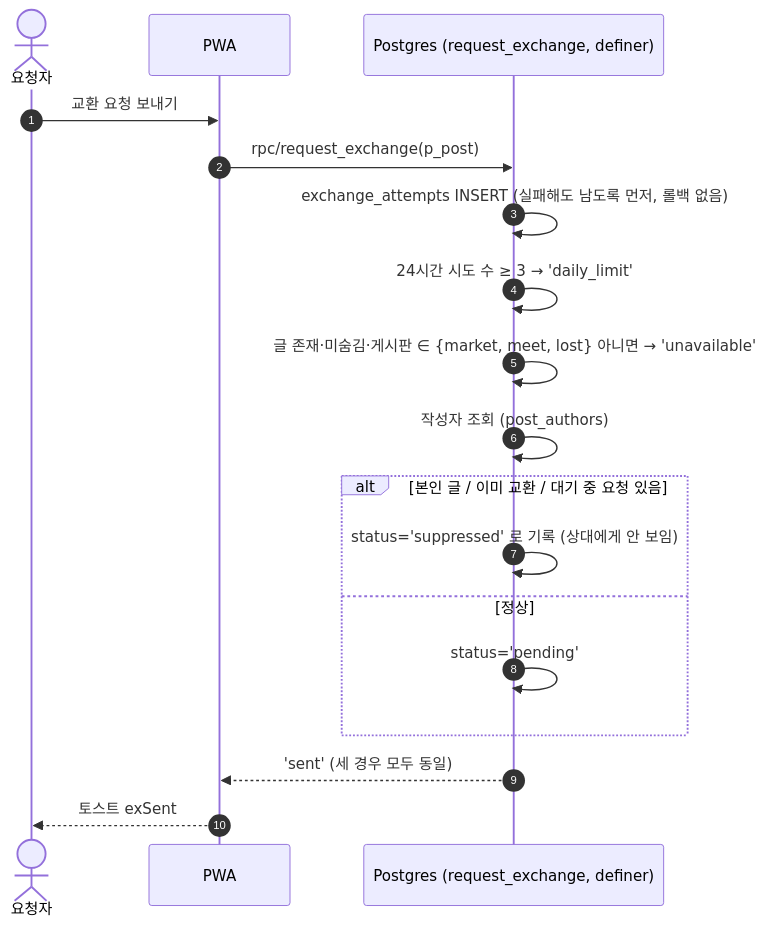
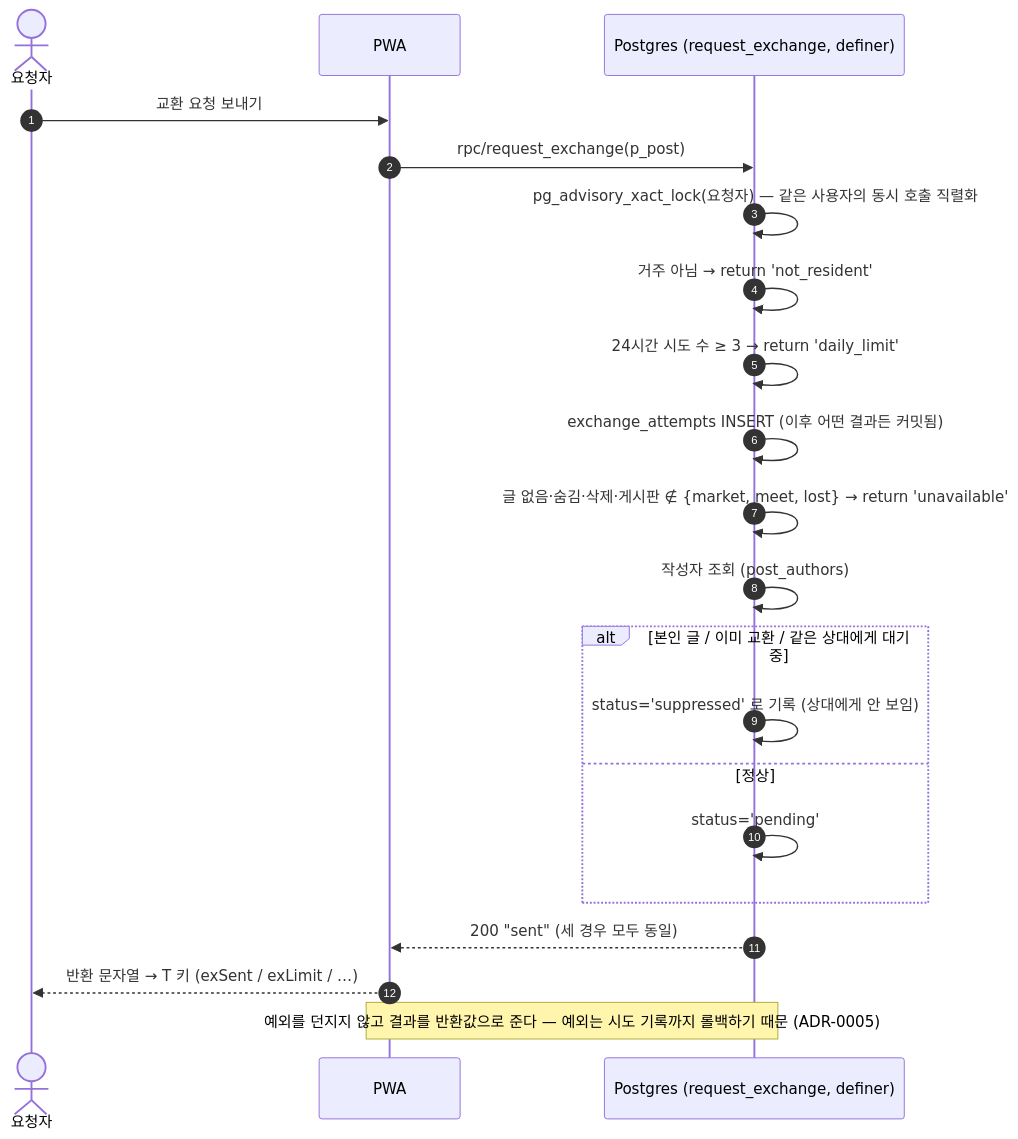
Before and after one commit to underthesun7213/yui-board: the eighth of 9 diagrams in docs/architecture/rfc/0001-m1-backend-foundation.md, drawn with Mermaid. The commit also changed other lines of this file and 13 other files, not shown here.

First line of the commit message:
Address architecture review findings

````diff
--- a/docs/architecture/rfc/0001-m1-backend-foundation.md
+++ b/docs/architecture/rfc/0001-m1-backend-foundation.md
@@ -401,20 +404,23 @@
 ```mermaid
 sequenceDiagram
   autonumber
   actor B as 요청자
   participant P as PWA
   participant DB as Postgres (request_exchange, definer)
   B->>P: 교환 요청 보내기
   P->>DB: rpc/request_exchange(p_post)
-  DB->>DB: exchange_attempts INSERT (실패해도 남도록 먼저, 롤백 없음)
-  DB->>DB: 24시간 시도 수 ≥ 3 → 'daily_limit'
-  DB->>DB: 글 존재·미숨김·게시판 ∈ {market, meet, lost} 아니면 → 'unavailable'
+  DB->>DB: pg_advisory_xact_lock(요청자) — 같은 사용자의 동시 호출 직렬화
+  DB->>DB: 거주 아님 → return 'not_resident'
+  DB->>DB: 24시간 시도 수 ≥ 3 → return 'daily_limit'
+  DB->>DB: exchange_attempts INSERT (이후 어떤 결과든 커밋됨)
+  DB->>DB: 글 없음·숨김·삭제·게시판 ∉ {market, meet, lost} → return 'unavailable'
   DB->>DB: 작성자 조회 (post_authors)
-  alt 본인 글 / 이미 교환 / 대기 중 요청 있음
+  alt 본인 글 / 이미 교환 / 같은 상대에게 대기 중
     DB->>DB: status='suppressed' 로 기록 (상대에게 안 보임)
   else 정상
     DB->>DB: status='pending'
   end
-  DB-->>P: 'sent' (세 경우 모두 동일)
-  P-->>B: 토스트 exSent
+  DB-->>P: 200 "sent" (세 경우 모두 동일)
+  P-->>B: 반환 문자열 → T 키 (exSent / exLimit / …)
+  Note over P,DB: 예외를 던지지 않고 결과를 반환값으로 준다 — 예외는 시도 기록까지 롤백하기 때문 (ADR-0005)
 ```
````
